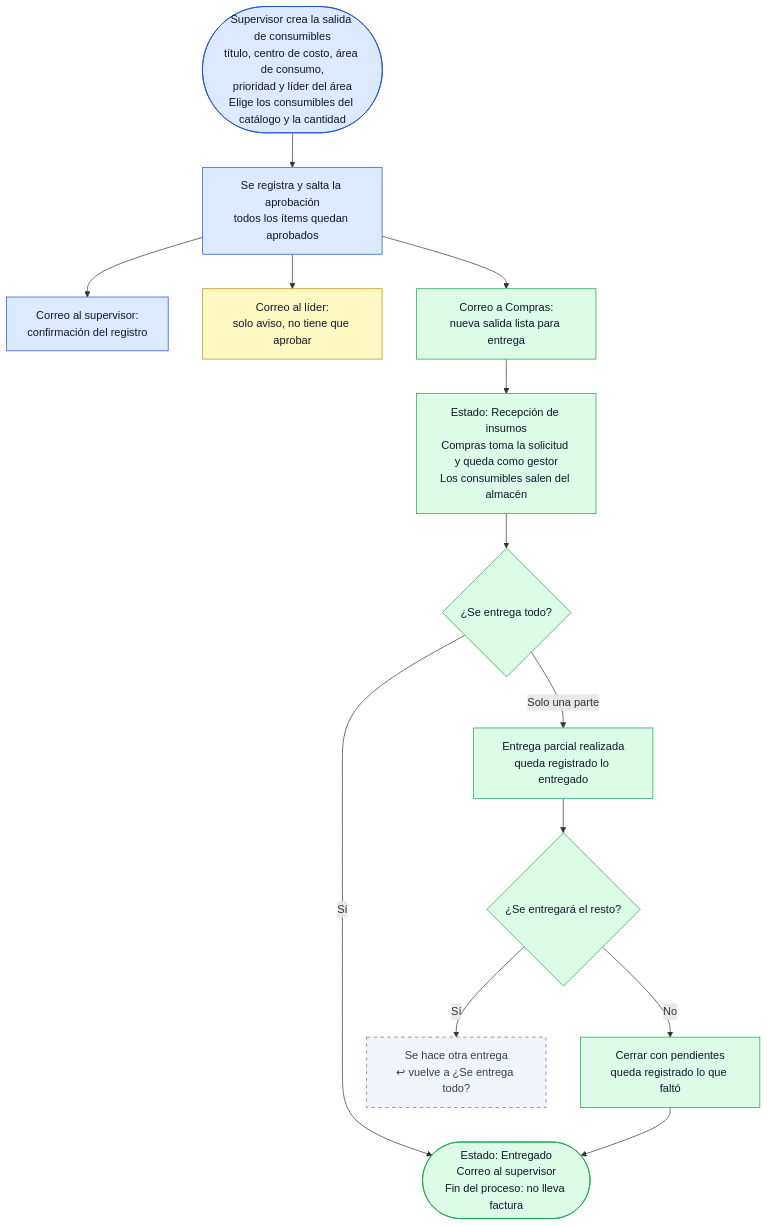
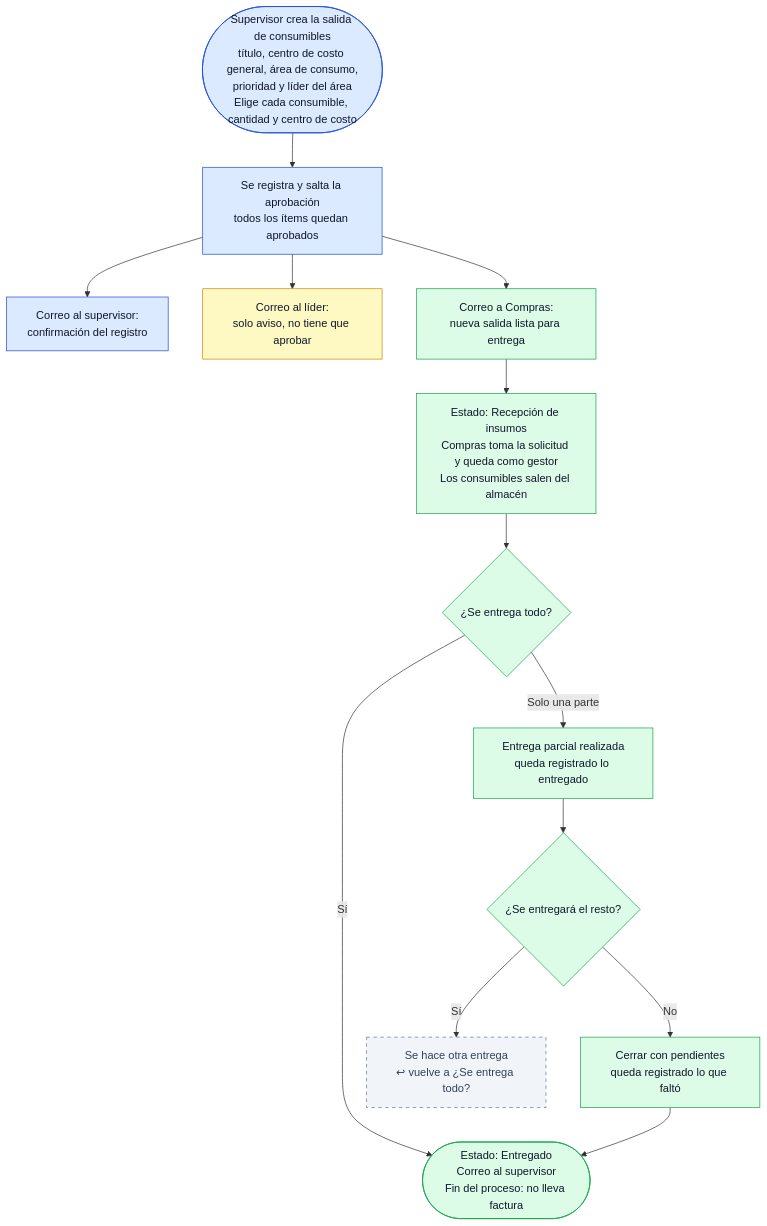
The diagram in docs/flujos/3-salida-consumibles.md (desarrollotecnologia/JuriCom), drawn with Mermaid before and after one commit. The commit also changed 14 other files, not shown here.

Commit message:
JURICOM 1.4: centro de costo por consumible

````diff
--- a/docs/flujos/3-salida-consumibles.md
+++ b/docs/flujos/3-salida-consumibles.md
@@ -6,29 +6,29 @@
 ```mermaid
 flowchart TD
-    A([Supervisor crea la salida de consumibles<br/>título, centro de costo, área de consumo,<br/>prioridad y líder del área<br/>Elige los consumibles del catálogo y la cantidad]) --> B["Se registra y salta la aprobación<br/>todos los ítems quedan aprobados"]
+    A([Supervisor crea la salida de consumibles<br/>título, centro de costo general, área de consumo,<br/>prioridad y líder del área<br/>Elige cada consumible, cantidad y centro de costo]) --> B["Se registra y salta la aprobación<br/>todos los ítems quedan aprobados"]
 
     B --> C1["Correo al supervisor:<br/>confirmación del registro"]
     B --> C2["Correo al líder:<br/>solo aviso, no tiene que aprobar"]
     B --> C3["Correo a Compras:<br/>nueva salida lista para entrega"]
 
     C3 --> H["Estado: Recepción de insumos<br/>Compras toma la solicitud y queda como gestor<br/>Los consumibles salen del almacén"]
 
     H --> M2{"¿Se entrega todo?"}
     M2 -->|"Sí"| N
     M2 -->|"Solo una parte"| M3["Entrega parcial realizada<br/>queda registrado lo entregado"]
     M3 --> M4{"¿Se entregará el resto?"}
     M4 -->|"Sí"| R1["Se hace otra entrega<br/>↩ vuelve a ¿Se entrega todo?"]
     M4 -->|"No"| M5["Cerrar con pendientes<br/>queda registrado lo que faltó"]
     M5 --> N
 
     N([Estado: Entregado<br/>Correo al supervisor<br/>Fin del proceso: no lleva factura])
 
     classDef sup fill:#dbeafe,stroke:#1d4ed8,color:#0f172a
     classDef lid fill:#fef9c3,stroke:#ca8a04,color:#0f172a
     classDef com fill:#dcfce7,stroke:#16a34a,color:#0f172a
     classDef volver fill:#f1f5f9,stroke:#64748b,stroke-dasharray:5 5,color:#334155
     class A,B,C1 sup
     class C2 lid
     class C3,H,M2,M3,M4,M5,N com
     class R1 volver
 ```
````
